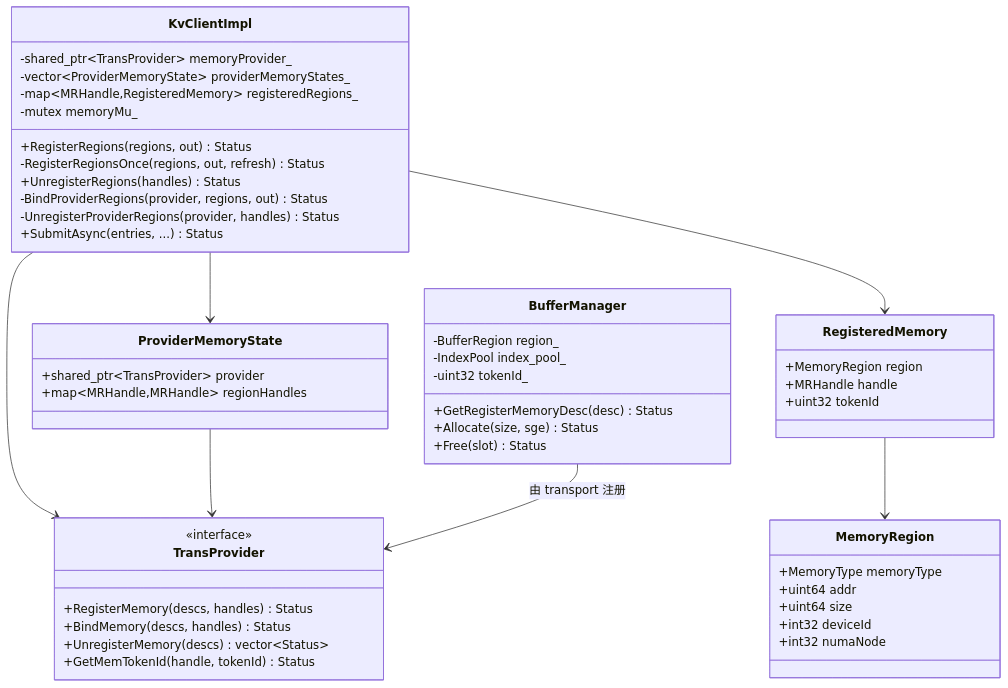
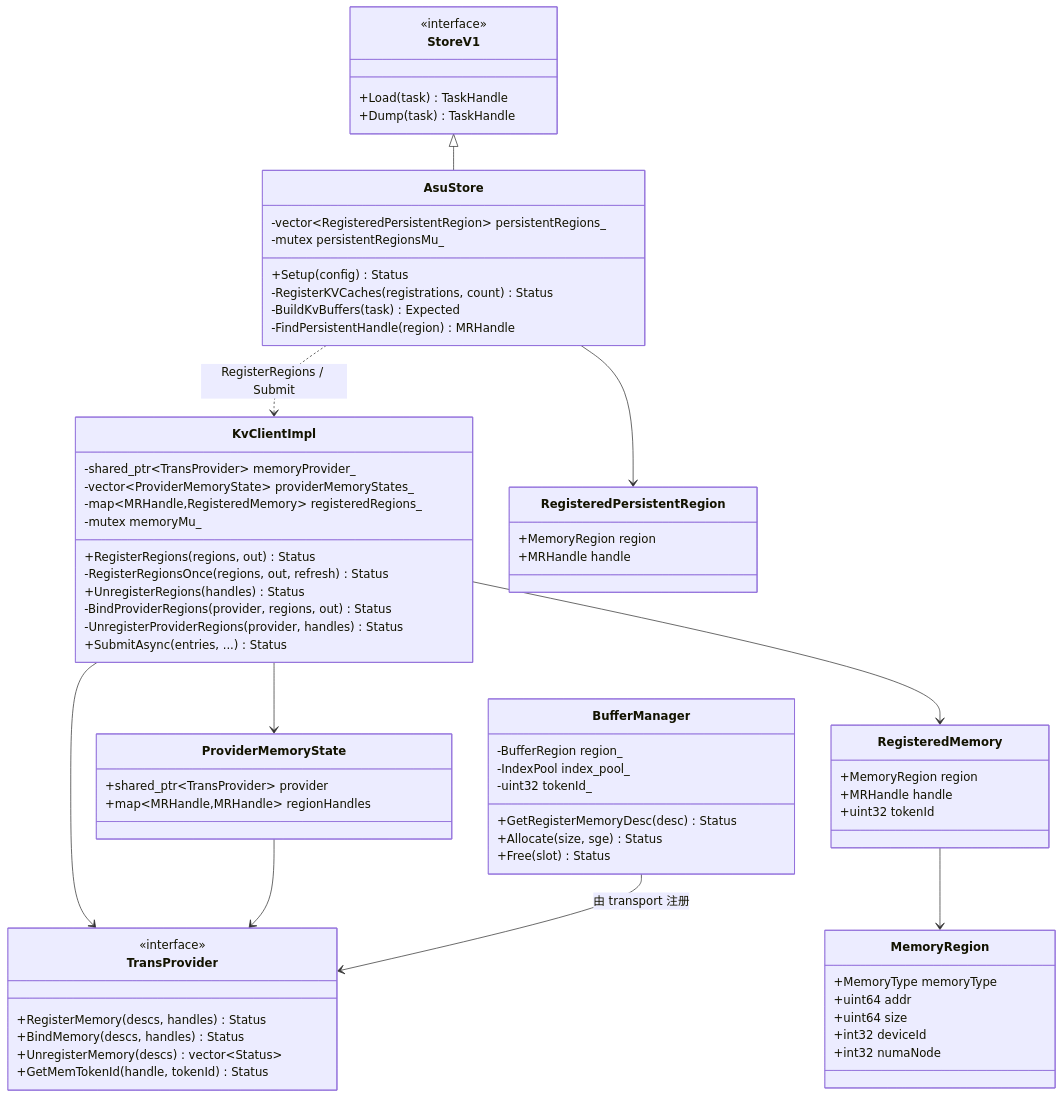
Diagram 25 of 27 in kvclient_deep_read.md (zwj20000328-dotcom/dramPool-documents), drawn with Mermaid before and after one commit. The commit also changed other lines of this file, not shown here.

````diff
--- a/kvclient_deep_read.md
+++ b/kvclient_deep_read.md
@@ -4209,58 +4244,82 @@
 ```mermaid
 classDiagram
     class KvClientImpl {
         -shared_ptr~TransProvider~ memoryProvider_
         -vector~ProviderMemoryState~ providerMemoryStates_
         -map~MRHandle,RegisteredMemory~ registeredRegions_
         -mutex memoryMu_
         +RegisterRegions(regions, out) Status
         -RegisterRegionsOnce(regions, out, refresh) Status
         +UnregisterRegions(handles) Status
         -BindProviderRegions(provider, regions, out) Status
         -UnregisterProviderRegions(provider, handles) Status
         +SubmitAsync(entries, ...) Status
     }
 
     class ProviderMemoryState {
         +shared_ptr~TransProvider~ provider
         +map~MRHandle,MRHandle~ regionHandles
     }
 
     class RegisteredMemory {
         +MemoryRegion region
         +MRHandle handle
         +uint32 tokenId
     }
 
     class MemoryRegion {
         +MemoryType memoryType
         +uint64 addr
         +uint64 size
         +int32 deviceId
         +int32 numaNode
     }
 
     class TransProvider {
         <<interface>>
         +RegisterMemory(descs, handles) Status
         +BindMemory(descs, handles) Status
         +UnregisterMemory(descs) vector~Status~
         +GetMemTokenId(handle, tokenId) Status
     }
 
     class BufferManager {
         -BufferRegion region_
         -IndexPool index_pool_
         -uint32 tokenId_
         +GetRegisterMemoryDesc(desc) Status
         +Allocate(size, sge) Status
         +Free(slot) Status
     }
 
+    class AsuStore {
+        -vector~RegisteredPersistentRegion~ persistentRegions_
+        -mutex persistentRegionsMu_
+        +Setup(config) Status
+        -RegisterKVCaches(registrations, count) Status
+        -BuildKvBuffers(task) Expected
+        -FindPersistentHandle(region) MRHandle
+    }
+
+    class RegisteredPersistentRegion {
+        +MemoryRegion region
+        +MRHandle handle
+    }
+
+    class StoreV1 {
+        <<interface>>
+        +Load(task) TaskHandle
+        +Dump(task) TaskHandle
+    }
+
+    StoreV1 <|-- AsuStore
+    AsuStore --> RegisteredPersistentRegion
+    AsuStore ..> KvClientImpl : RegisterRegions / Submit
+
     KvClientImpl --> ProviderMemoryState
     KvClientImpl --> RegisteredMemory
     KvClientImpl --> TransProvider
     RegisteredMemory --> MemoryRegion
     ProviderMemoryState --> TransProvider
     BufferManager --> TransProvider : 由 transport 注册
 ```
````
